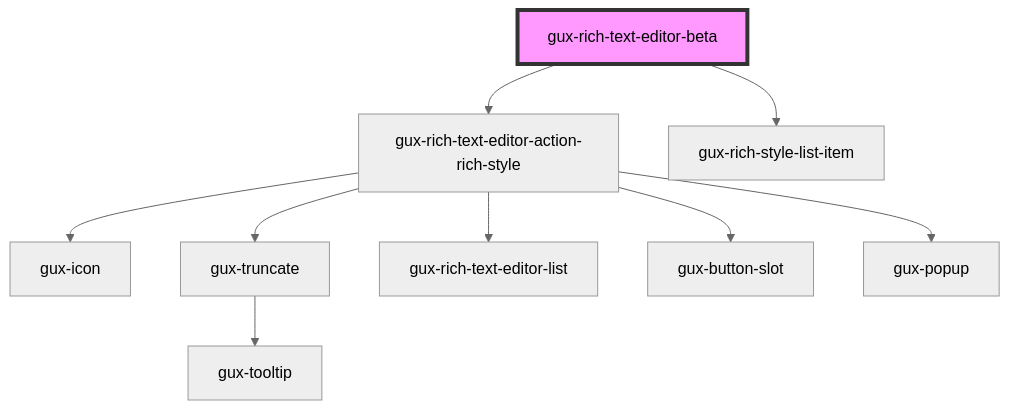
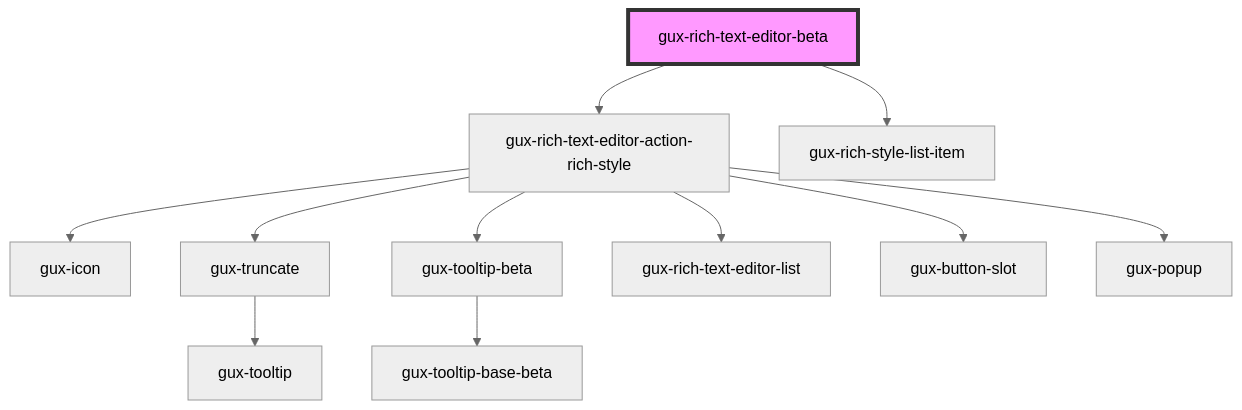
Before and after one commit to NFodrea/genesys-spark: the diagram in packages/genesys-spark-components/src/components/beta/gux-rich-text-editor/readme.md, drawn with Mermaid (neutral theme). The commit also changed 3 other files, not shown here.

First line of the commit message:
perf(rich-text-editor-beta): responsive design work in progress

````diff
--- a/packages/genesys-spark-components/src/components/beta/gux-rich-text-editor/readme.md
+++ b/packages/genesys-spark-components/src/components/beta/gux-rich-text-editor/readme.md
@@ -35,12 +35,14 @@
 ```mermaid
 graph TD;
   gux-rich-text-editor-beta --> gux-rich-text-editor-action-rich-style
   gux-rich-text-editor-beta --> gux-rich-style-list-item
   gux-rich-text-editor-action-rich-style --> gux-icon
   gux-rich-text-editor-action-rich-style --> gux-truncate
+  gux-rich-text-editor-action-rich-style --> gux-tooltip-beta
   gux-rich-text-editor-action-rich-style --> gux-rich-text-editor-list
   gux-rich-text-editor-action-rich-style --> gux-button-slot
   gux-rich-text-editor-action-rich-style --> gux-popup
   gux-truncate --> gux-tooltip
+  gux-tooltip-beta --> gux-tooltip-base-beta
   style gux-rich-text-editor-beta fill:#f9f,stroke:#333,stroke-width:4px
 ```
````
